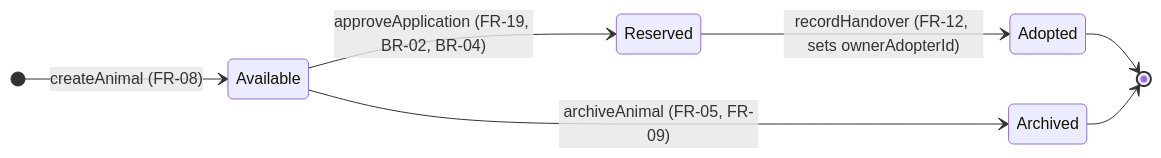
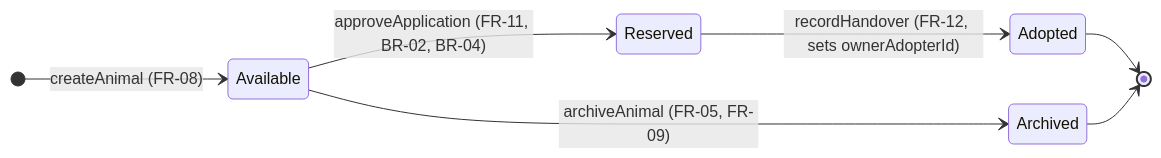
Before and after one commit to seng321-termproject-pawradise/pawradise: the ninth of 12 diagrams in docs/06-architecture.md, drawn with Mermaid. The commit also changed other lines of this file, not shown here.

````diff
--- a/docs/06-architecture.md
+++ b/docs/06-architecture.md
@@ -767,10 +767,10 @@
 ```mermaid
 stateDiagram-v2
     direction LR
     [*] --> Available: createAnimal (FR-08)
-    Available --> Reserved: approveApplication (FR-19, BR-02, BR-04)
+    Available --> Reserved: approveApplication (FR-11, BR-02, BR-04)
     Reserved --> Adopted: recordHandover (FR-12, sets ownerAdopterId)
     Available --> Archived: archiveAnimal (FR-05, FR-09)
     Adopted --> [*]
     Archived --> [*]
 ```
````
